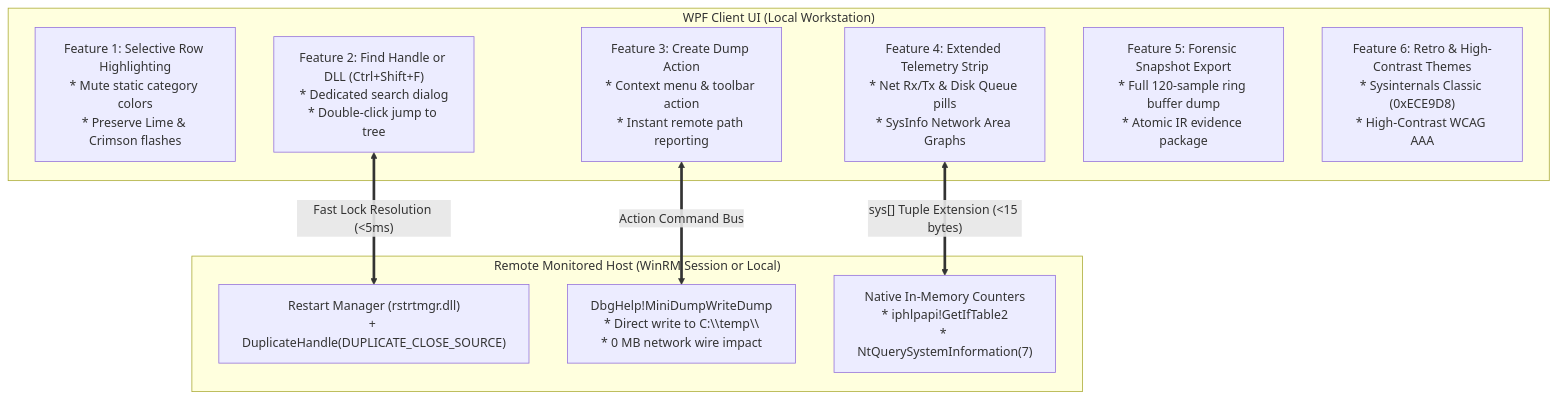
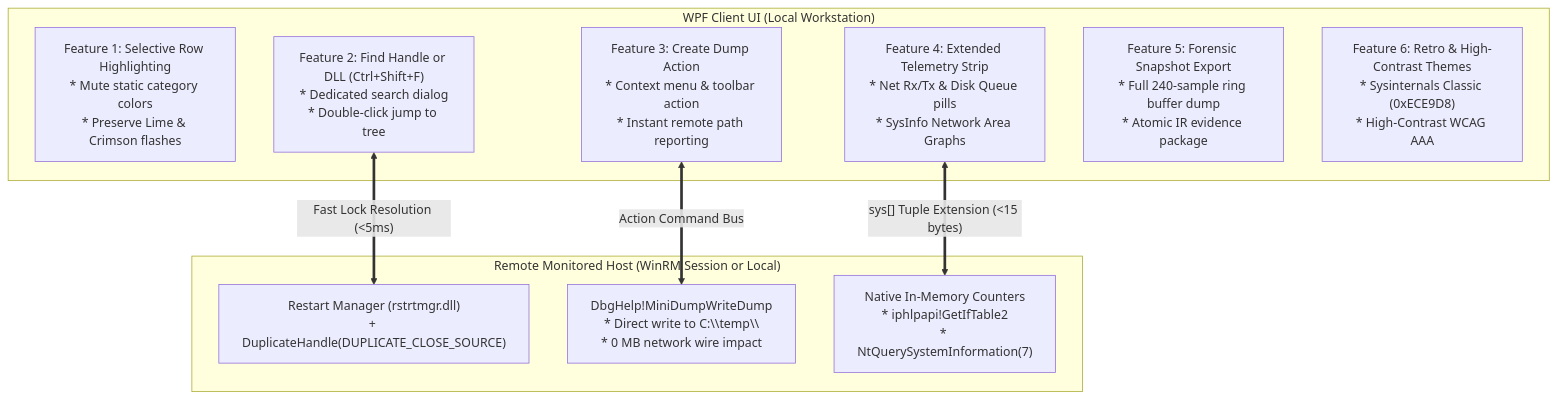
One commit to exh555/PSRPM changed the diagram in docs/FEATURE_PROPOSAL_MASTER_PLAN.md. Above: the diagram before and after it, drawn with Mermaid. The commit also changed other lines of this file and 17 other files, not shown here.

````diff
--- a/docs/FEATURE_PROPOSAL_MASTER_PLAN.md
+++ b/docs/FEATURE_PROPOSAL_MASTER_PLAN.md
@@ -22,21 +22,21 @@
 ```mermaid
 flowchart TD
     subgraph UI["WPF Client UI (Local Workstation)"]
         F1["Feature 1: Selective Row Highlighting<br/>* Mute static category colors<br/>* Preserve Lime & Crimson flashes"]
         F2UI["Feature 2: Find Handle or DLL (Ctrl+Shift+F)<br/>* Dedicated search dialog<br/>* Double-click jump to tree"]
         F3UI["Feature 3: Create Dump Action<br/>* Context menu & toolbar action<br/>* Instant remote path reporting"]
         F4UI["Feature 4: Extended Telemetry Strip<br/>* Net Rx/Tx & Disk Queue pills<br/>* SysInfo Network Area Graphs"]
-        F5UI["Feature 5: Forensic Snapshot Export<br/>* Full 120-sample ring buffer dump<br/>* Atomic IR evidence package"]
+        F5UI["Feature 5: Forensic Snapshot Export<br/>* Full 240-sample ring buffer dump<br/>* Atomic IR evidence package"]
         F6UI["Feature 6: Retro & High-Contrast Themes<br/>* Sysinternals Classic (0xECE9D8)<br/>* High-Contrast WCAG AAA"]
     end
 
     subgraph Remote["Remote Monitored Host (WinRM Session or Local)"]
         F2Engine["Restart Manager (rstrtmgr.dll)<br/>+ DuplicateHandle(DUPLICATE_CLOSE_SOURCE)"]
         F3Engine["DbgHelp!MiniDumpWriteDump<br/>* Direct write to C:\\temp\\<br/>* 0 MB network wire impact"]
         F4Engine["Native In-Memory Counters<br/>* iphlpapi!GetIfTable2<br/>* NtQuerySystemInformation(7)"]
     end
 
     F2UI <==>|"Fast Lock Resolution (<5ms)"| F2Engine
     F3UI <==>|"Action Command Bus"| F3Engine
     F4UI <==>|"sys[] Tuple Extension (<15 bytes)"| F4Engine
 ```
````
